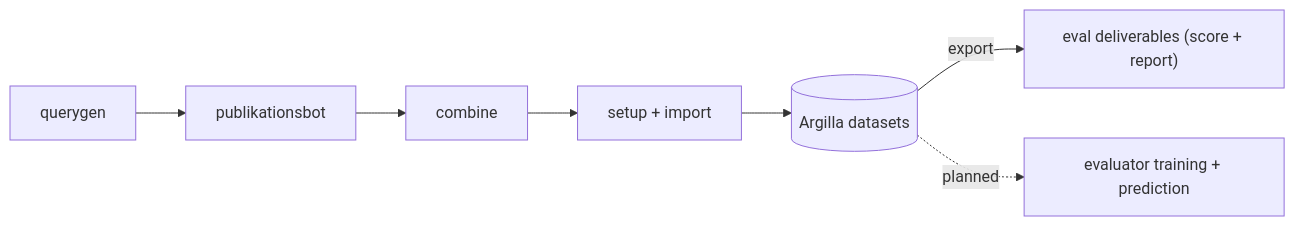
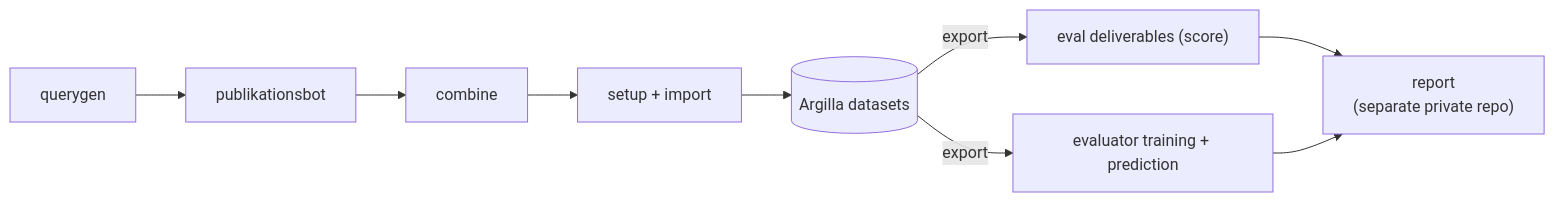
The diagram in README.md (hertie-data-science-lab/pragmata-workspace), drawn with Mermaid before and after one commit. The commit also changed other lines of this file and 19 other files, not shown here.

First line of the commit message:
docs(eval): close the handover gaps and align the deliverable schema

````diff
--- a/README.md
+++ b/README.md
@@ -9,6 +9,8 @@
 ```mermaid
 flowchart LR
   qg[querygen] --> bot[publikationsbot] --> comb[combine] --> imp["setup + import"] --> arg[(Argilla datasets)]
-  arg -->|export| ev["eval deliverables (score + report)"]
-  arg -. planned .-> tr["evaluator training + prediction"]
+  arg -->|export| ev["eval deliverables (score)"]
+  arg -->|export| tr["evaluator training + prediction"]
+  ev --> rep["report<br/>(separate private repo)"]
+  tr --> rep
 ```
````
